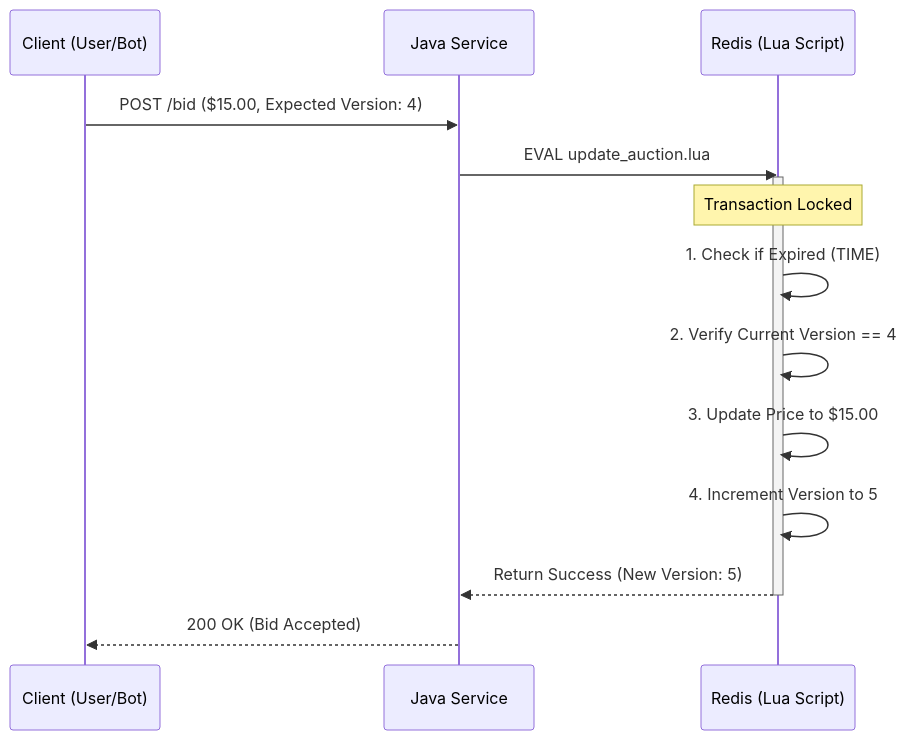
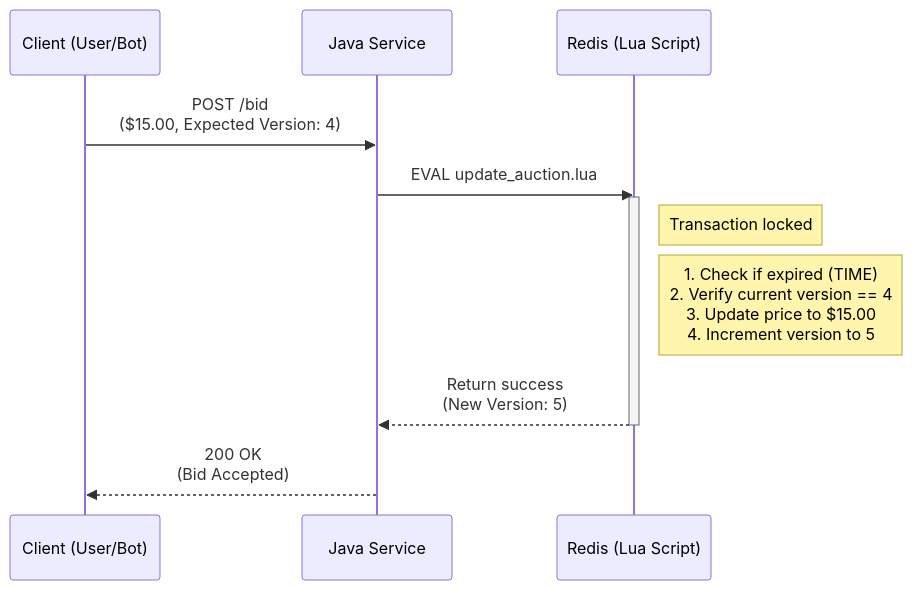
One commit to walker-systems/auction-system changed the second of 2 diagrams in docs/index.md. Above: the diagram before and after it, drawn with Mermaid. The commit also changed other lines of this file and 3 other files, not shown here.

````diff
--- a/docs/index.md
+++ b/docs/index.md
@@ -79,18 +97,15 @@
 ```mermaid
 sequenceDiagram
     participant C as Client (User/Bot)
     participant J as Java Service
     participant R as Redis (Lua Script)
 
-    C->>J: POST /bid ($15.00, Expected Version: 4)
+    C->>J: POST /bid<br/>($15.00, Expected Version: 4)
     J->>R: EVAL update_auction.lua
     activate R
-    note over R: Transaction Locked
-    R->>R: 1. Check if Expired (TIME)
-    R->>R: 2. Verify Current Version == 4
-    R->>R: 3. Update Price to $15.00
-    R->>R: 4. Increment Version to 5
-    R-->>J: Return Success (New Version: 5)
+    Note right of R: Transaction locked
+    Note right of R: 1. Check if expired (TIME)<br/>2. Verify current version == 4<br/>3. Update price to $15.00<br/>4. Increment version to 5
+    R-->>J: Return success<br/>(New Version: 5)
     deactivate R
-    J-->>C: 200 OK (Bid Accepted)
+    J-->>C: 200 OK<br/>(Bid Accepted)
 ```
````
